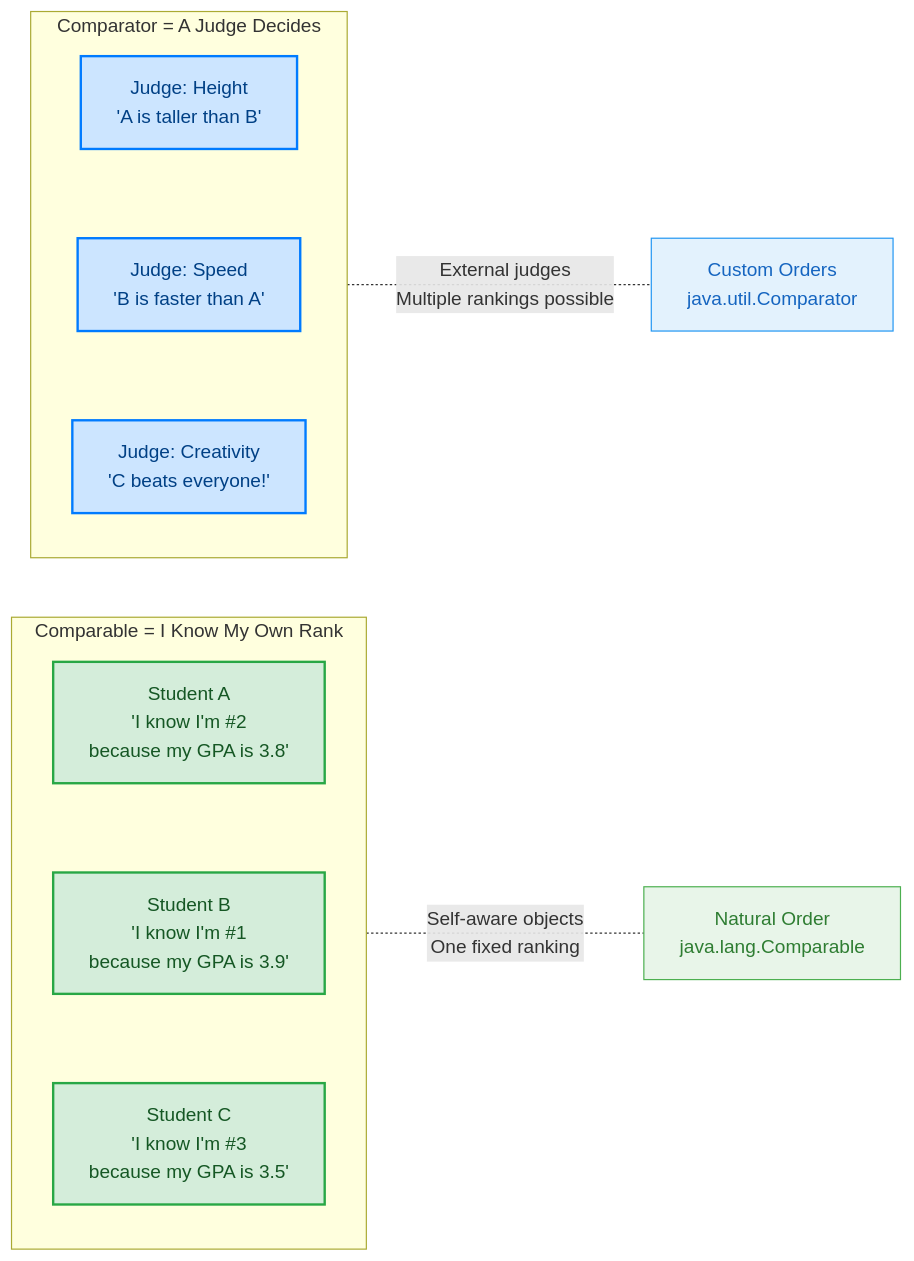
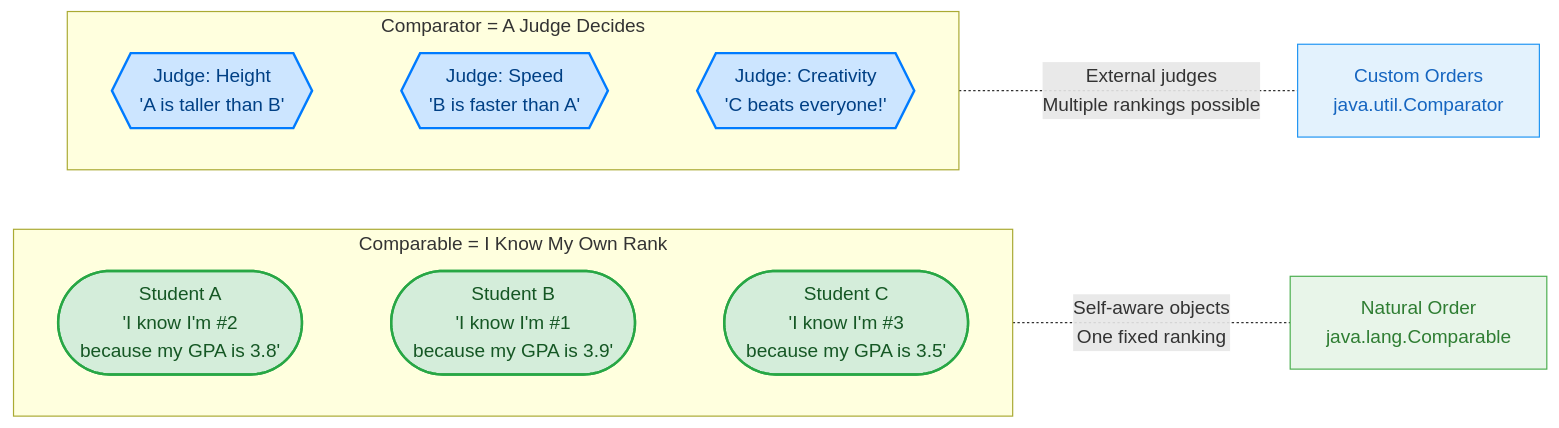
One commit to saivamsikaruturi/vamsilabs-dev-notes-main changed the fourth of 4 diagrams in docs/java/ComparableComparator.md. Above: the diagram before and after it, drawn with Mermaid. The commit also changed other lines of this file and 146 other files, not shown here.

Commit message:
Horizontal diagrams, UML class diagrams, typography overhaul, and permalink cleanup

````diff
--- a/docs/java/ComparableComparator.md
+++ b/docs/java/ComparableComparator.md
@@ -111,26 +111,26 @@
 ```mermaid
 flowchart LR
     subgraph comparable_world ["Comparable = I Know My Own Rank"]
-        direction TB
-        S1["Student A\n'I know I'm #2\nbecause my GPA is 3.8'"]:::student
-        S2["Student B\n'I know I'm #1\nbecause my GPA is 3.9'"]:::student
-        S3["Student C\n'I know I'm #3\nbecause my GPA is 3.5'"]:::student
+        direction LR
+        S1(["Student A\n'I know I'm #2\nbecause my GPA is 3.8'"]):::student
+        S2(["Student B\n'I know I'm #1\nbecause my GPA is 3.9'"]):::student
+        S3(["Student C\n'I know I'm #3\nbecause my GPA is 3.5'"]):::student
         S1 ~~~ S2 ~~~ S3
     end
 
     subgraph comparator_world ["Comparator = A Judge Decides"]
-        direction TB
-        J1["Judge: Height\n'A is taller than B'"]:::judge
-        J2["Judge: Speed\n'B is faster than A'"]:::judge
-        J3["Judge: Creativity\n'C beats everyone!'"]:::judge
+        direction LR
+        J1{{"Judge: Height\n'A is taller than B'"}}:::judge
+        J2{{"Judge: Speed\n'B is faster than A'"}}:::judge
+        J3{{"Judge: Creativity\n'C beats everyone!'"}}:::judge
         J1 ~~~ J2 ~~~ J3
     end
 
     comparable_world -.-|"Self-aware objects\nOne fixed ranking"| NOTE1["Natural Order\njava.lang.Comparable"]:::note_green
     comparator_world -.-|"External judges\nMultiple rankings possible"| NOTE2["Custom Orders\njava.util.Comparator"]:::note_blue
 
     classDef student fill:#d4edda,stroke:#28a745,stroke-width:2px,color:#155724
     classDef judge fill:#cce5ff,stroke:#007bff,stroke-width:2px,color:#004085
     classDef note_green fill:#e8f5e9,stroke:#4caf50,stroke-width:1px,color:#2e7d32
     classDef note_blue fill:#e3f2fd,stroke:#2196f3,stroke-width:1px,color:#1565c0
 ```
````
